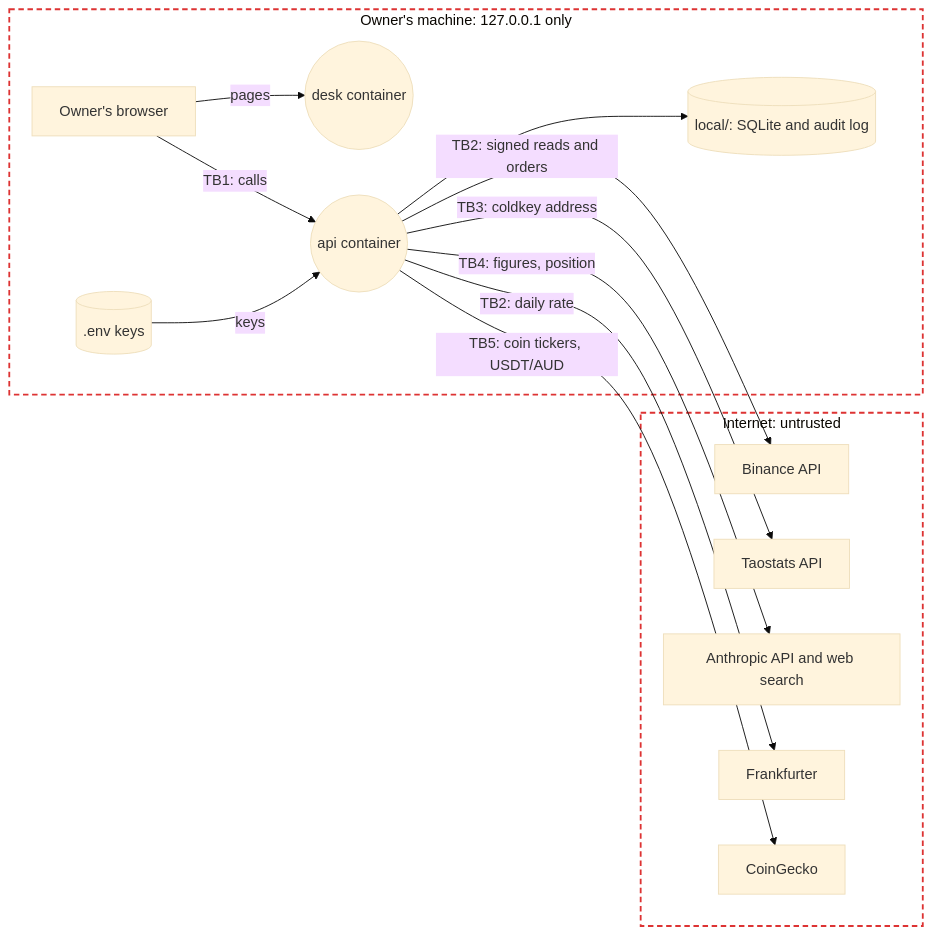
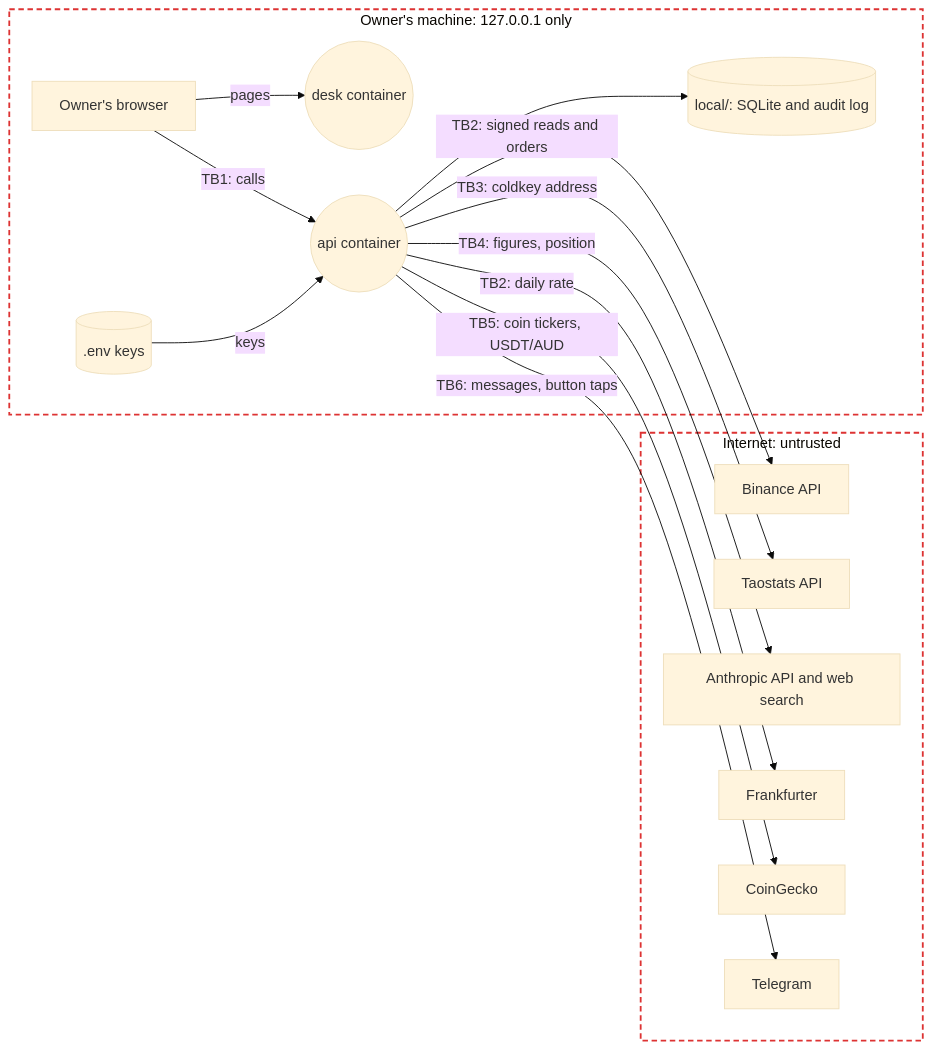
The diagram in docs/threat-model.md (euginevd/trading-desk), drawn with Mermaid (base theme) before and after one commit. The commit also changed other lines of this file and 81 other files, not shown here.

````diff
--- a/docs/threat-model.md
+++ b/docs/threat-model.md
@@ -7,28 +7,30 @@
 ```mermaid
 flowchart LR
   subgraph machine ["Owner's machine: 127.0.0.1 only"]
     owner[Owner's browser]
     web((desk container))
     api((api container))
     env[(.env keys)]
     db[(local/: SQLite and audit log)]
   end
   subgraph internet ["Internet: untrusted"]
     binance[Binance API]
     taostats[Taostats API]
     anthropic[Anthropic API and web search]
     fx[Frankfurter]
     gecko[CoinGecko]
+    tg[Telegram]
   end
   owner -- "pages" --> web
   owner -- "TB1: calls" --> api
   env -- "keys" --> api
   api --> db
   api -- "TB2: signed reads and orders" --> binance
   api -- "TB3: coldkey address" --> taostats
   api -- "TB4: figures, position" --> anthropic
   api -- "TB2: daily rate" --> fx
   api -- "TB5: coin tickers, USDT/AUD" --> gecko
+  api -- "TB6: messages, button taps" --> tg
   classDef boundary fill:none,stroke:#d33,stroke-width:2px,stroke-dasharray:6 4
   class internet,machine boundary
 ```
````
